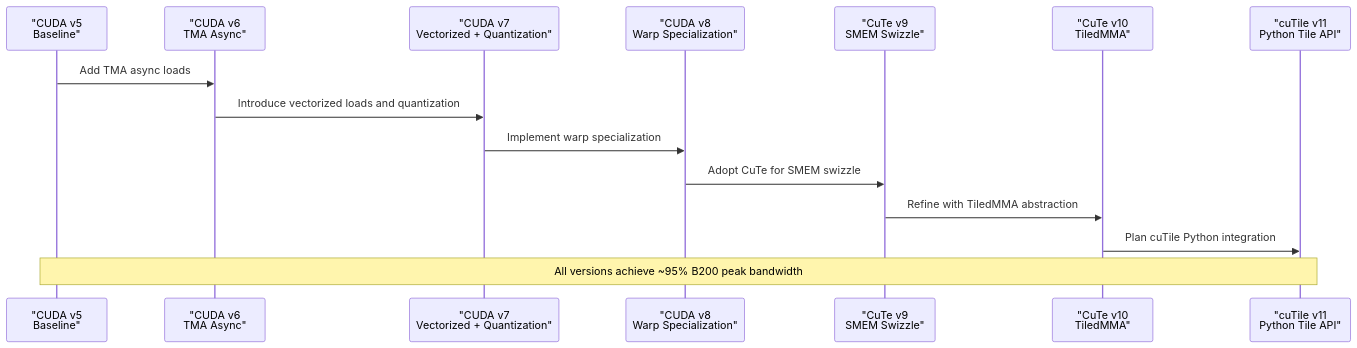
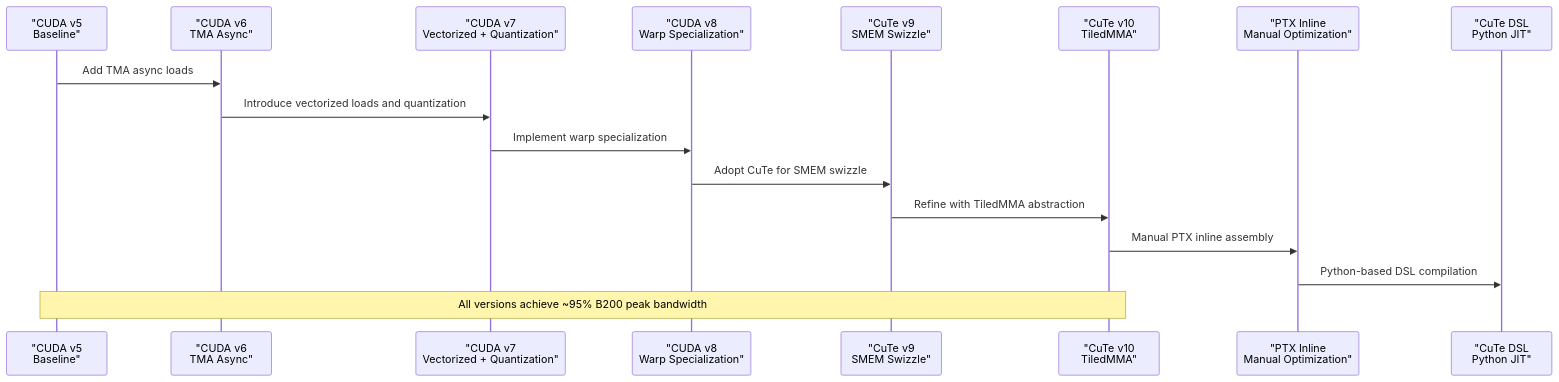
One commit to gugudeshubao/flashinfer-bench-tma-thrust changed the second of 12 diagrams in .qoder/repowiki/en/content/Core Kernels/Tech Stack Comparison_ Raw CUDA vs CuTe vs Triton.md. Above: the diagram before and after it, drawn with Mermaid. The commit also changed other lines of this file and 19 other files, not shown here.

````diff
--- a/.qoder/repowiki/en/content/Core Kernels/Tech Stack Comparison_ Raw CUDA vs CuTe vs Triton.md
+++ b/.qoder/repowiki/en/content/Core Kernels/Tech Stack Comparison_ Raw CUDA vs CuTe vs Triton.md
@@ -160,17 +186,19 @@
 ```mermaid
 sequenceDiagram
 participant V5 as "CUDA v5<br/>Baseline"
 participant V6 as "CUDA v6<br/>TMA Async"
 participant V7 as "CUDA v7<br/>Vectorized + Quantization"
 participant V8 as "CUDA v8<br/>Warp Specialization"
 participant V9 as "CuTe v9<br/>SMEM Swizzle"
 participant V10 as "CuTe v10<br/>TiledMMA"
-participant V11 as "cuTile v11<br/>Python Tile API"
+participant PTX as "PTX Inline<br/>Manual Optimization"
+participant DSL as "CuTe DSL<br/>Python JIT"
 V5->>V6 : Add TMA async loads
 V6->>V7 : Introduce vectorized loads and quantization
 V7->>V8 : Implement warp specialization
 V8->>V9 : Adopt CuTe for SMEM swizzle
 V9->>V10 : Refine with TiledMMA abstraction
-V10->>V11 : Plan cuTile Python integration
-Note over V5,V11 : All versions achieve ~95% B200 peak bandwidth
+V10->>PTX : Manual PTX inline assembly
+PTX->>DSL : Python-based DSL compilation
+Note over V5,V10 : All versions achieve ~95% B200 peak bandwidth
 ```
````
